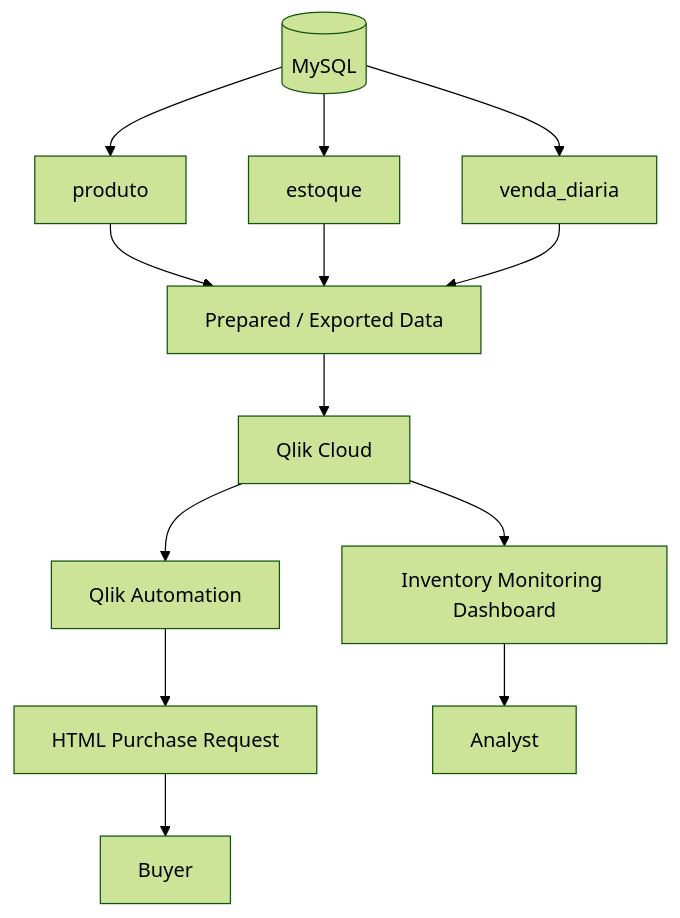
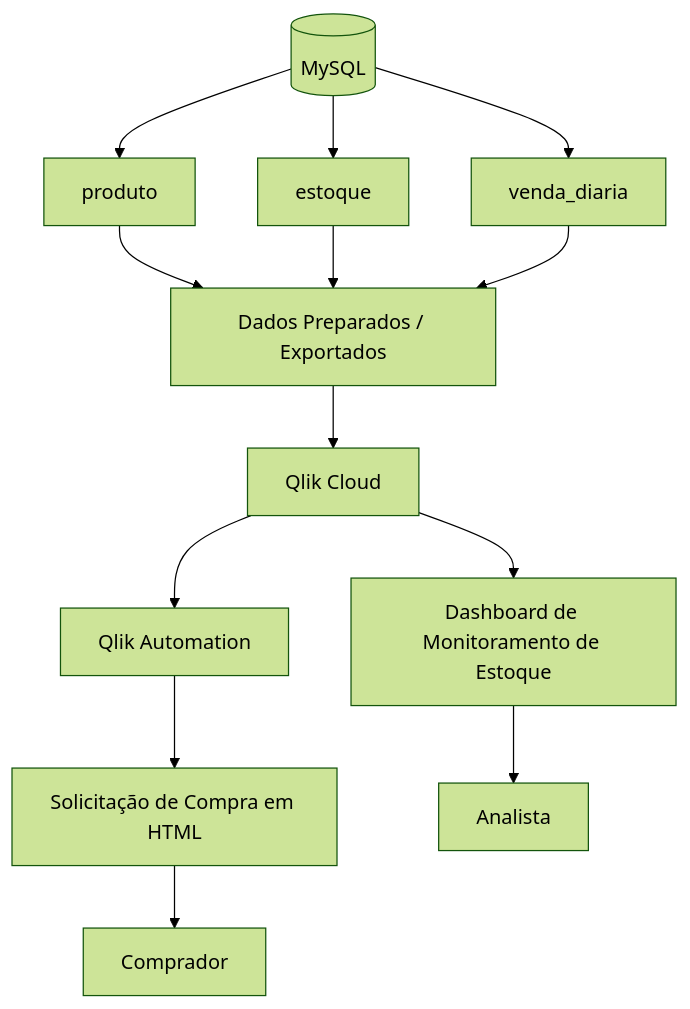
One commit to felipennuness/stockguard-inventory-monitoring changed the diagram in architecture/README.md. Above: the diagram before and after it, drawn with Mermaid (forest theme). The commit also changed other lines of this file, not shown here.

````diff
--- a/architecture/README.md
+++ b/architecture/README.md
@@ -11,27 +11,27 @@
 ```mermaid
 flowchart TD
     A[(MySQL)]
     B[produto]
     C[estoque]
     D[venda_diaria]
-    E[Prepared / Exported Data]
+    E[Dados Preparados / Exportados]
     F[Qlik Cloud]
-    G[Inventory Monitoring Dashboard]
+    G[Dashboard de Monitoramento de Estoque]
     H[Qlik Automation]
-    I[HTML Purchase Request]
-    J[Analyst]
-    K[Buyer]
+    I[Solicitação de Compra em HTML]
+    J[Analista]
+    K[Comprador]
 
     A --> B
     A --> C
     A --> D
     B --> E
     C --> E
     D --> E
     E --> F
     F --> G
     F --> H
     G --> J
     H --> I
     I --> K
 ```
````
